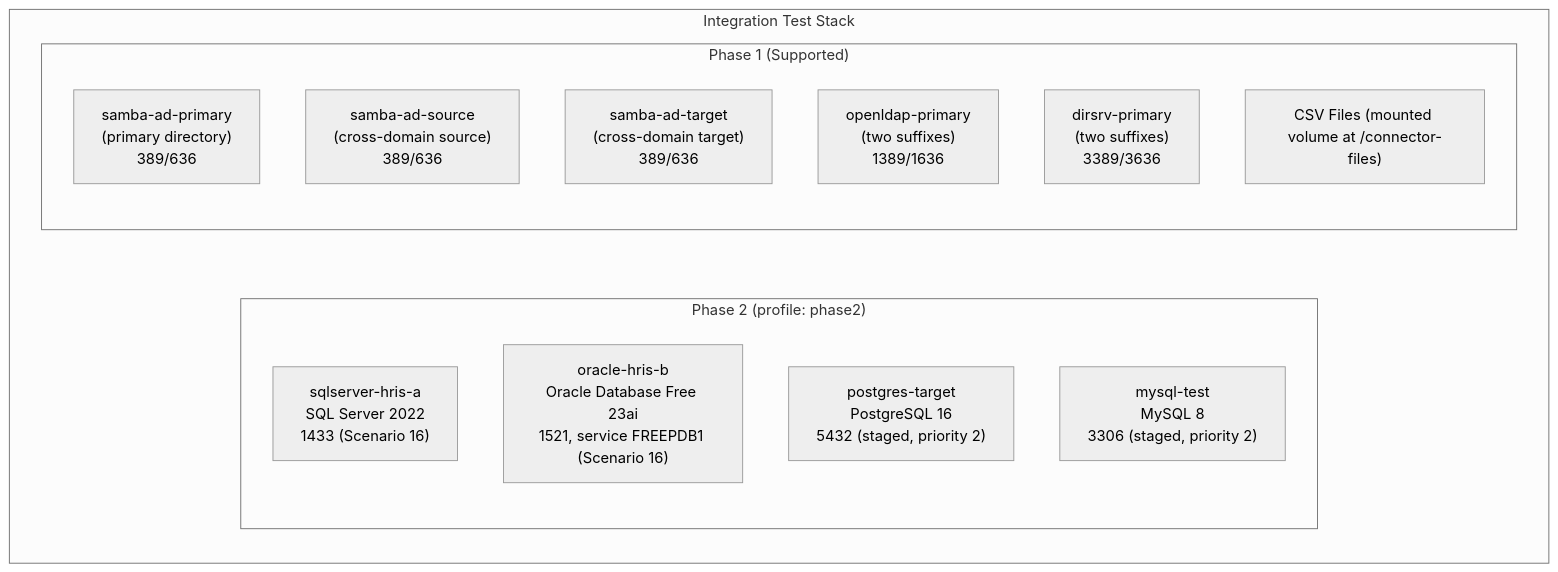
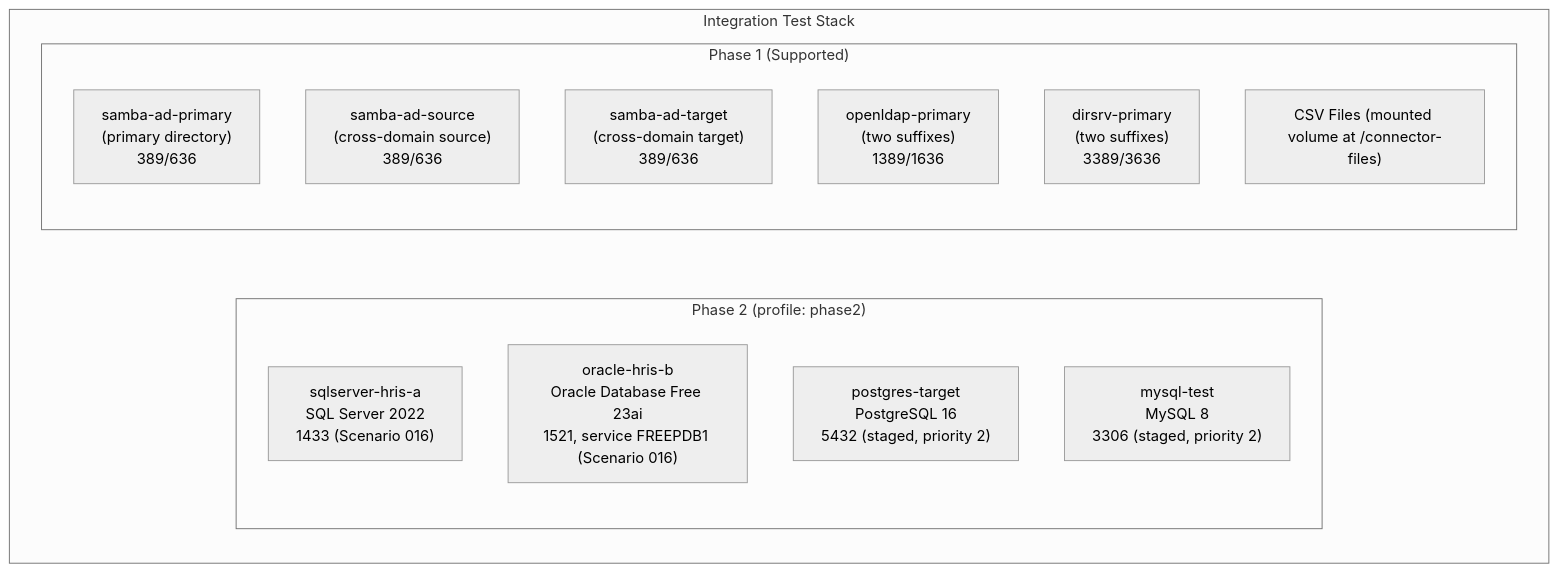
One commit to TetronIO/JIM changed the second of 2 diagrams in engineering/INTEGRATION_TESTING.md. Above: the diagram before and after it, drawn with Mermaid (neutral theme). The commit also changed other lines of this file and 197 other files, not shown here.

````diff
--- a/engineering/INTEGRATION_TESTING.md
+++ b/engineering/INTEGRATION_TESTING.md
@@ -346,23 +346,23 @@
 ```mermaid
 flowchart TB
     subgraph Stack["Integration Test Stack"]
         direction TB
         subgraph P1["Phase 1 (Supported)"]
             direction TB
             P1A["samba-ad-primary<br/>(primary directory)<br/>389/636"]
             P1B["samba-ad-source<br/>(cross-domain source)<br/>389/636"]
             P1C["samba-ad-target<br/>(cross-domain target)<br/>389/636"]
             P1D["openldap-primary<br/>(two suffixes)<br/>1389/1636"]
             P1E["dirsrv-primary<br/>(two suffixes)<br/>3389/3636"]
             CSV["CSV Files (mounted volume at /connector-files)"]
         end
         subgraph P2["Phase 2 (profile: phase2)"]
             direction TB
-            P2A["sqlserver-hris-a<br/>SQL Server 2022<br/>1433 (Scenario 16)"]
-            P2B["oracle-hris-b<br/>Oracle Database Free 23ai<br/>1521, service FREEPDB1 (Scenario 16)"]
+            P2A["sqlserver-hris-a<br/>SQL Server 2022<br/>1433 (Scenario 016)"]
+            P2B["oracle-hris-b<br/>Oracle Database Free 23ai<br/>1521, service FREEPDB1 (Scenario 016)"]
             P2C["postgres-target<br/>PostgreSQL 16<br/>5432 (staged, priority 2)"]
             P2E["mysql-test<br/>MySQL 8<br/>3306 (staged, priority 2)"]
         end
         P1 ~~~ P2
     end
 ```
````
